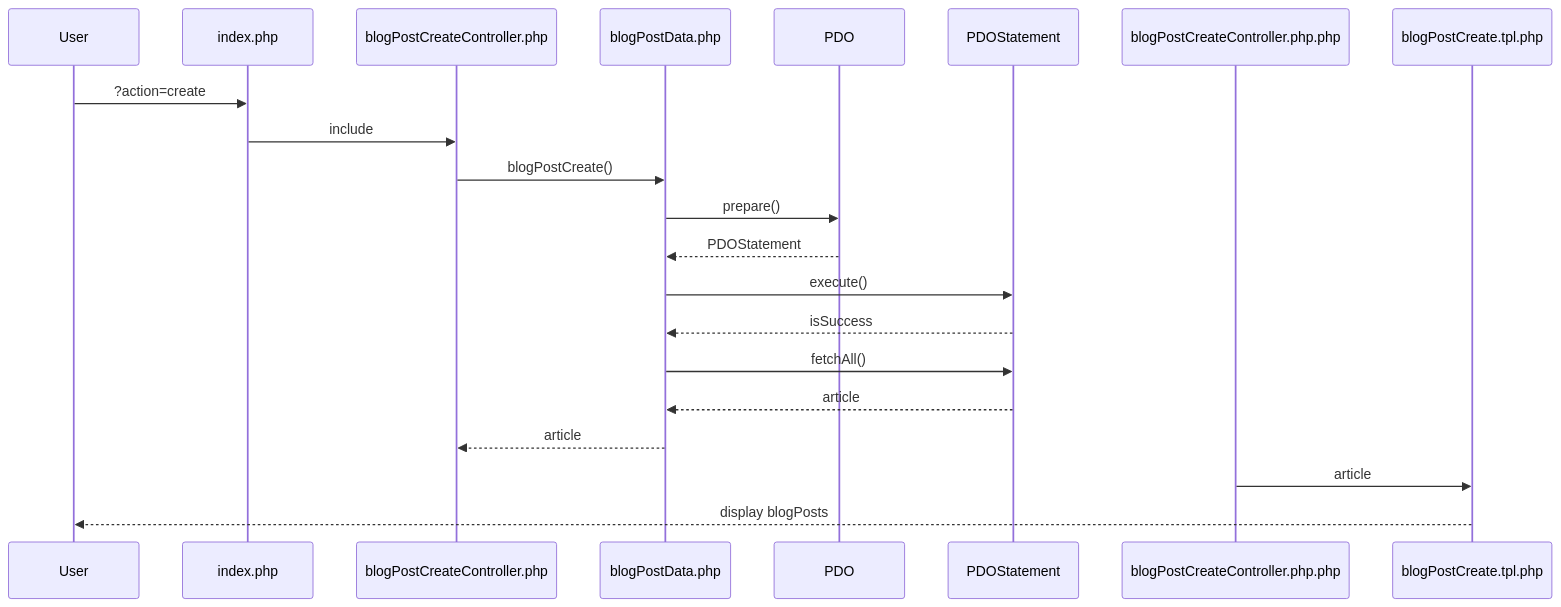
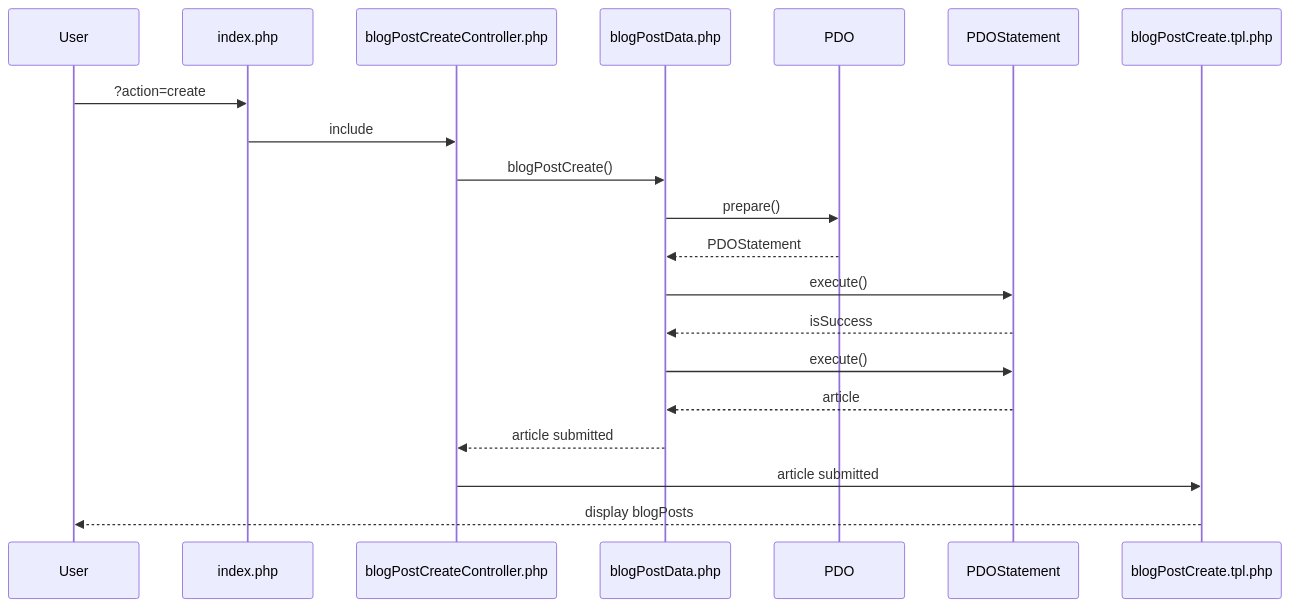
One commit to jamilabidi/blog changed the fourth of 5 diagrams in doc/diagramm.md. Above: the diagram before and after it, drawn with Mermaid. The commit also changed other lines of this file and 1 other file, not shown here.

Commit message:
diagramm.md mis à jour avec modifier post

````diff
--- a/doc/diagramm.md
+++ b/doc/diagramm.md
@@ -46,15 +46,15 @@
 ```mermaid
 sequenceDiagram
 User->>index.php: ?action=create
 index.php->>blogPostCreateController.php: include
 blogPostCreateController.php->>blogPostData.php: blogPostCreate()
 blogPostData.php->>PDO: prepare()
 PDO-->>blogPostData.php: PDOStatement
 blogPostData.php->>PDOStatement: execute()
 PDOStatement-->>blogPostData.php: isSuccess
-blogPostData.php->>PDOStatement: fetchAll()
+blogPostData.php->>PDOStatement: execute()
 PDOStatement-->>blogPostData.php: article
-blogPostData.php-->>blogPostCreateController.php: article
-blogPostCreateController.php.php->>blogPostCreate.tpl.php: article
+blogPostData.php-->>blogPostCreateController.php: article submitted
+blogPostCreateController.php->>blogPostCreate.tpl.php: article submitted
 blogPostCreate.tpl.php-->>User: display blogPosts
 ```
````
